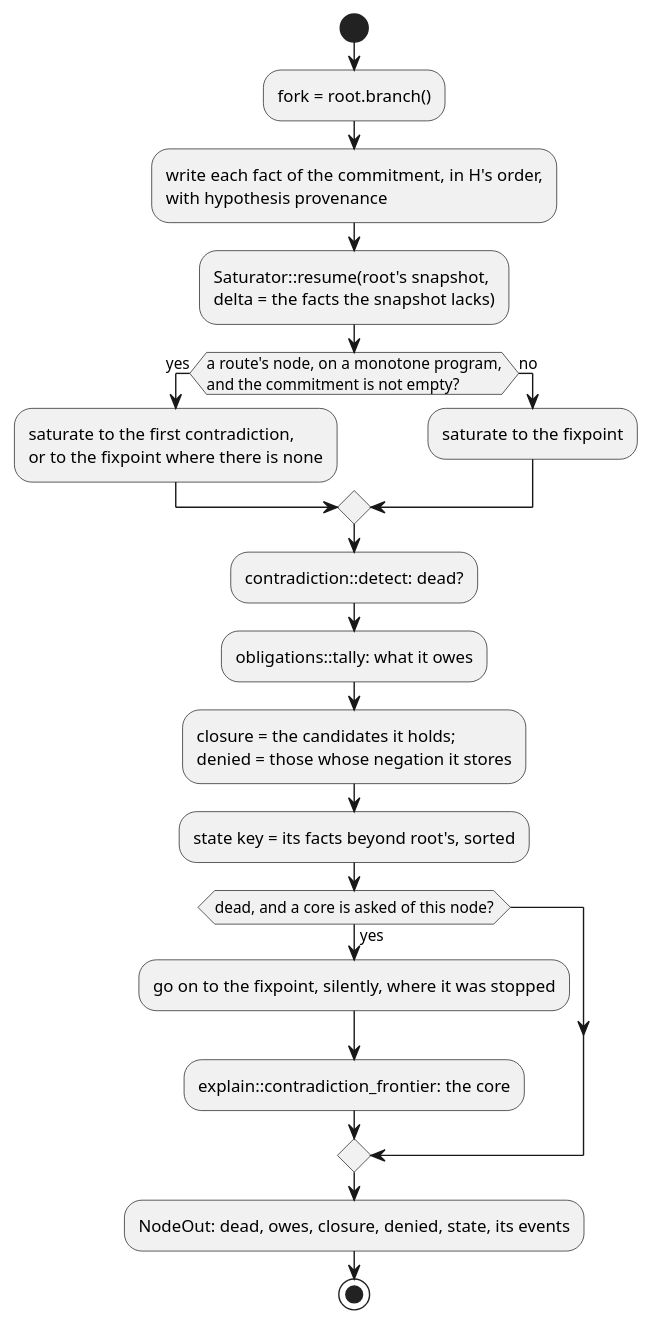
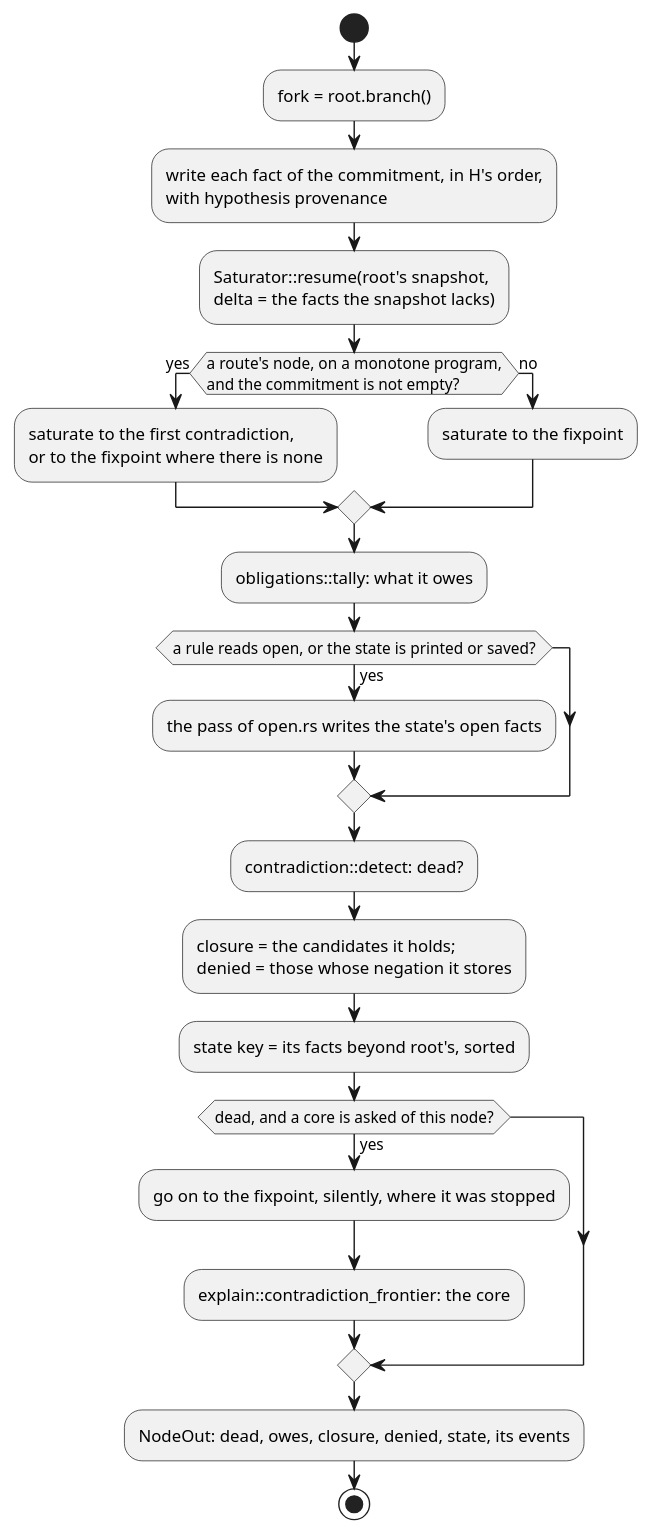
The diagram in docs/ein/ein.rs/diagrams/02-node-function.puml (agutikov/ein), drawn with PlantUML before and after one commit. The commit also changed 138 other files, not shown here.

```diff
--- a/docs/ein/ein.rs/diagrams/02-node-function.puml
+++ b/docs/ein/ein.rs/diagrams/02-node-function.puml
@@ -1,21 +1,24 @@
 @startuml
 start
 :fork = root.branch();
 :write each fact of the commitment, in H's order,\nwith hypothesis provenance;
 :Saturator::resume(root's snapshot,\ndelta = the facts the snapshot lacks);
 if (a route's node, on a monotone program,\nand the commitment is not empty?) then (yes)
   :saturate to the first contradiction,\nor to the fixpoint where there is none;
 else (no)
   :saturate to the fixpoint;
 endif
+:obligations::tally: what it owes;
+if (a rule reads open, or the state is printed or saved?) then (yes)
+  :the pass of open.rs writes the state's open facts;
+endif
 :contradiction::detect: dead?;
-:obligations::tally: what it owes;
 :closure = the candidates it holds;\ndenied = those whose negation it stores;
 :state key = its facts beyond root's, sorted;
 if (dead, and a core is asked of this node?) then (yes)
   :go on to the fixpoint, silently, where it was stopped;
   :explain::contradiction_frontier: the core;
 endif
 :NodeOut: dead, owes, closure, denied, state, its events;
 stop
 @enduml
```
